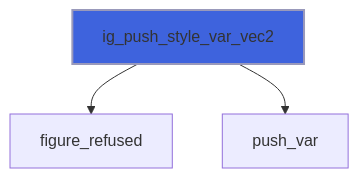
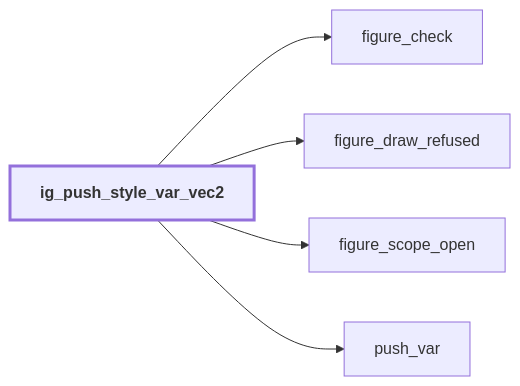
Before and after one commit to szaghi/figure: the tenth of 44 diagrams in docs/api/src/lib/figure_style.md, drawn with Mermaid. The commit also changed other lines of this file and 54 other files, not shown here.

````diff
--- a/docs/api/src/lib/figure_style.md
+++ b/docs/api/src/lib/figure_style.md
@@ -400,6 +460,13 @@
 ```mermaid
-flowchart TD
-  ig_push_style_var_vec2["ig_push_style_var_vec2"] --> figure_refused["figure_refused"]
+flowchart LR
+  ig_push_style_var_vec2["ig_push_style_var_vec2"] --> figure_check["figure_check"]
+  ig_push_style_var_vec2["ig_push_style_var_vec2"] --> figure_draw_refused["figure_draw_refused"]
+  ig_push_style_var_vec2["ig_push_style_var_vec2"] --> figure_scope_open["figure_scope_open"]
   ig_push_style_var_vec2["ig_push_style_var_vec2"] --> push_var["push_var"]
-  style ig_push_style_var_vec2 fill:#3e63dd,stroke:#99b,stroke-width:2px
+  classDef focus stroke-width:3px,font-weight:bold
+  class ig_push_style_var_vec2 focus
+  click figure_draw_refused href "figure_base.html#figure-draw-refused" "figure_draw_refused"
+  click push_var href "#push-var" "push_var"
+  click figure_scope_open href "figure_base.html#figure-scope-open" "figure_scope_open"
+  click figure_check href "figure_base.html#figure-check" "figure_check"
 ```
````
